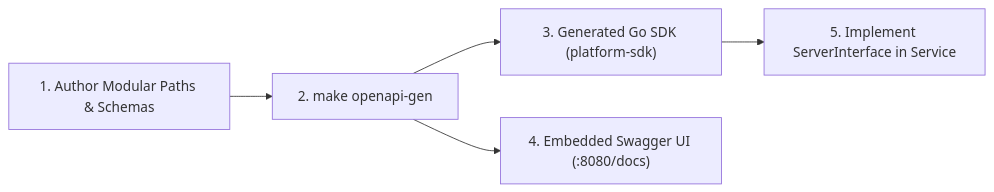
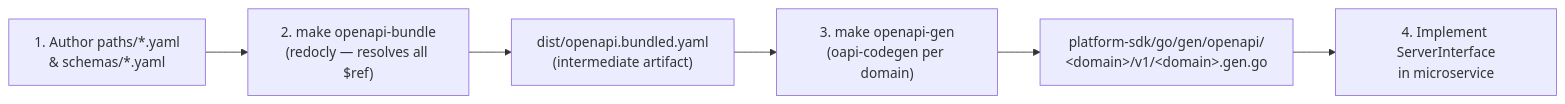
Before and after one commit to iamraydoan/factoryos: the diagram in docs/07-api/README.md, drawn with Mermaid. The commit also changed other lines of this file and 1 other file, not shown here.

Commit message:
refactor: update OpenAPI workflow to support domain-based bundling and generation via Redocly

````diff
--- a/docs/07-api/README.md
+++ b/docs/07-api/README.md
@@ -45,7 +46,8 @@
 ```mermaid
 graph LR
-    Spec["1. Author Modular Paths & Schemas"] --> Make["2. make openapi-gen"]
-    Make --> SDK["3. Generated Go SDK (platform-sdk)"]
-    Make --> UI["4. Embedded Swagger UI (:8080/docs)"]
-    SDK --> Impl["5. Implement ServerInterface in Service"]
+    A["1. Author paths/*.yaml\n& schemas/*.yaml"] --> B["2. make openapi-bundle\n(redocly — resolves all $ref)"]
+    B --> C["dist/openapi.bundled.yaml\n(intermediate artifact)"]
+    C --> D["3. make openapi-gen\n(oapi-codegen per domain)"]
+    D --> E["platform-sdk/go/gen/openapi/\n&lt;domain&gt;/v1/&lt;domain&gt;.gen.go"]
+    E --> F["4. Implement ServerInterface\nin microservice"]
 ```
````
